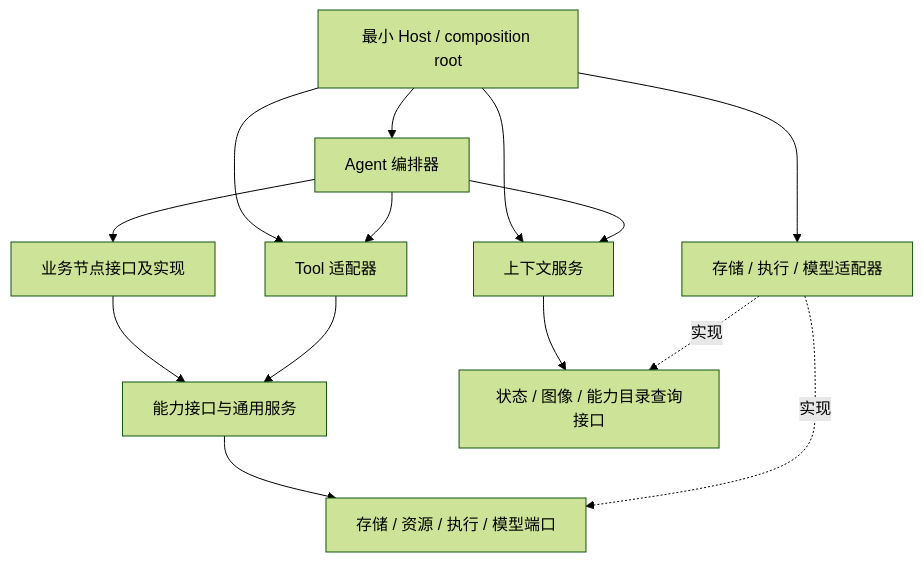
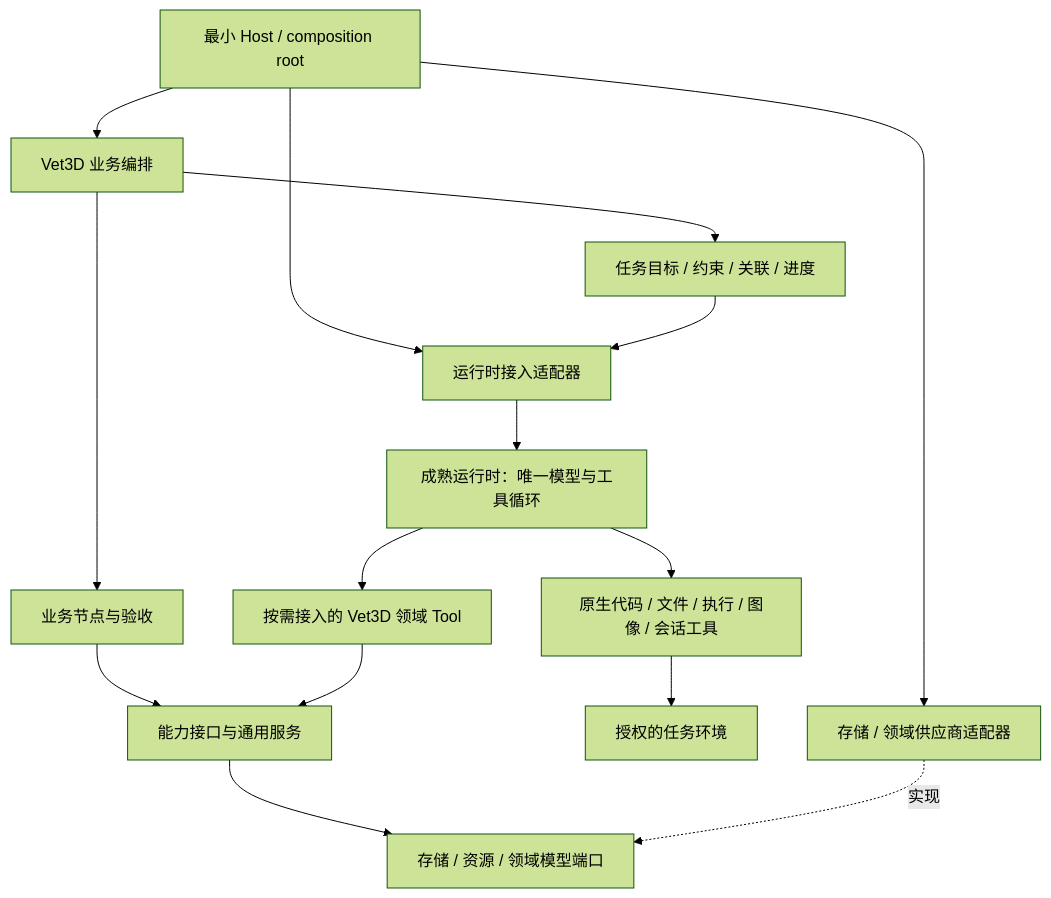
The first of 2 diagrams in docs/vet3d/implementation/README.md (vancer17/Vet3D), drawn with Mermaid (forest theme) before and after one commit. The commit also changed other lines of this file and 16 other files, not shown here.

Commit message:
docs: refine L2-02 native Agent runtime integration plan

````diff
--- a/docs/vet3d/implementation/README.md
+++ b/docs/vet3d/implementation/README.md
@@ -60,16 +63,17 @@
 ```mermaid
 flowchart TD
-    ROOT["最小 Host / composition root"] --> RUN["Agent 编排器"]
-    ROOT --> CTX["上下文服务"]
-    ROOT --> TOOL["Tool 适配器"]
-    ROOT --> ADAPT["存储 / 执行 / 模型适配器"]
-    RUN --> NODE["业务节点接口及实现"]
-    RUN --> CTX
-    RUN --> TOOL
+    ROOT["最小 Host / composition root"] --> RUN["Vet3D 业务编排"]
+    ROOT --> ADAPT["运行时接入适配器"]
+    ROOT --> STORE["存储 / 领域供应商适配器"]
+    RUN --> TASK["任务目标 / 约束 / 关联 / 进度"]
+    TASK --> ADAPT
+    ADAPT --> RUNTIME["成熟运行时：唯一模型与工具循环"]
+    RUNTIME --> NATIVE["原生代码 / 文件 / 执行 / 图像 / 会话工具"]
+    NATIVE --> ENV["授权的任务环境"]
+    RUNTIME --> TOOL["按需接入的 Vet3D 领域 Tool"]
+    RUN --> NODE["业务节点与验收"]
     NODE --> CAP["能力接口与通用服务"]
     TOOL --> CAP
-    CTX --> QUERY["状态 / 图像 / 能力目录查询接口"]
-    CAP --> PORT["存储 / 资源 / 执行 / 模型端口"]
-    ADAPT -. 实现 .-> PORT
-    ADAPT -. 实现 .-> QUERY
+    CAP --> PORT["存储 / 资源 / 领域模型端口"]
+    STORE -. 实现 .-> PORT
 ```
````
